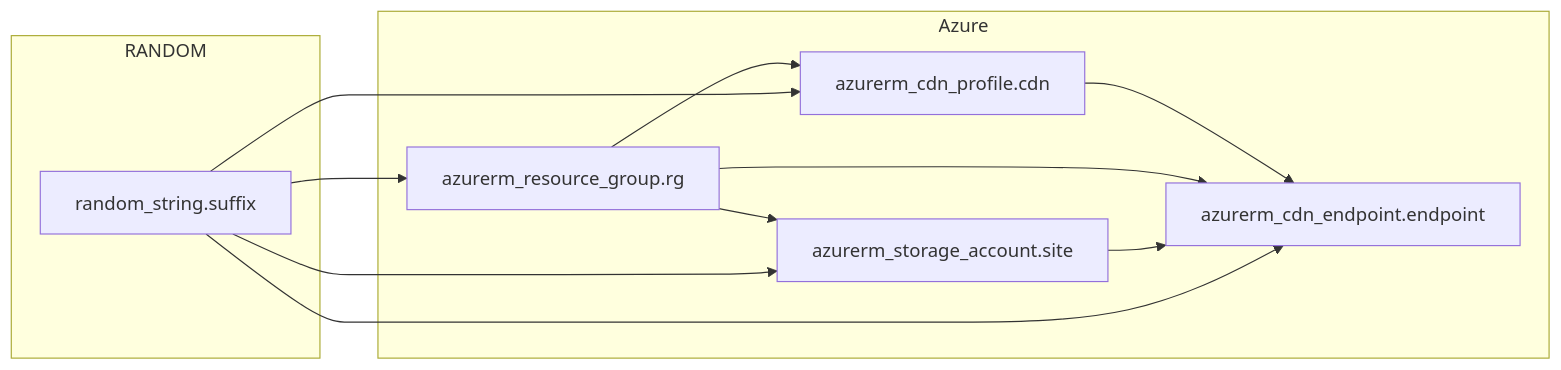
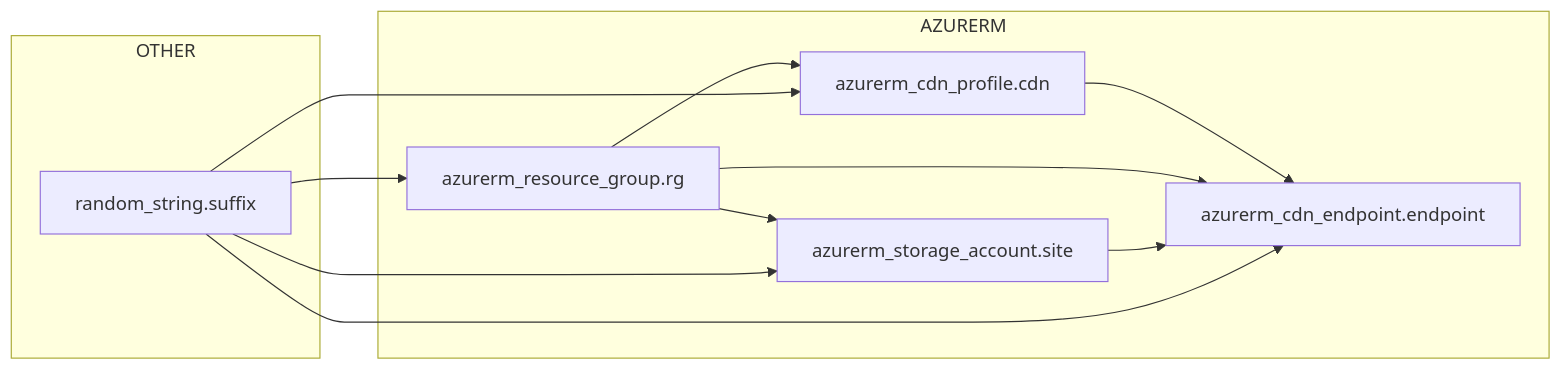
Before and after one commit to suryakumaran2611/auto-arch-diagram: the diagram in examples/serverless-website/azure/terraform/architecture-diagram.mmd, drawn with Mermaid. The commit also changed 2188 other files, not shown here.

```diff
--- a/examples/serverless-website/azure/terraform/architecture-diagram.mmd
+++ b/examples/serverless-website/azure/terraform/architecture-diagram.mmd
@@ -1,19 +1,19 @@
 flowchart LR
-subgraph Azure[Azure]
+subgraph AZURERM[AZURERM]
   tf_azurerm_cdn_endpoint_endpoint["azurerm_cdn_endpoint.endpoint"]
   tf_azurerm_cdn_profile_cdn["azurerm_cdn_profile.cdn"]
   tf_azurerm_resource_group_rg["azurerm_resource_group.rg"]
   tf_azurerm_storage_account_site["azurerm_storage_account.site"]
 end
-subgraph RANDOM[RANDOM]
+subgraph OTHER[OTHER]
   tf_random_string_suffix["random_string.suffix"]
 end
 tf_azurerm_cdn_profile_cdn --> tf_azurerm_cdn_endpoint_endpoint
 tf_azurerm_resource_group_rg --> tf_azurerm_cdn_endpoint_endpoint
 tf_azurerm_resource_group_rg --> tf_azurerm_cdn_profile_cdn
 tf_azurerm_resource_group_rg --> tf_azurerm_storage_account_site
 tf_azurerm_storage_account_site --> tf_azurerm_cdn_endpoint_endpoint
 tf_random_string_suffix --> tf_azurerm_cdn_endpoint_endpoint
 tf_random_string_suffix --> tf_azurerm_cdn_profile_cdn
 tf_random_string_suffix --> tf_azurerm_resource_group_rg
 tf_random_string_suffix --> tf_azurerm_storage_account_site
```
